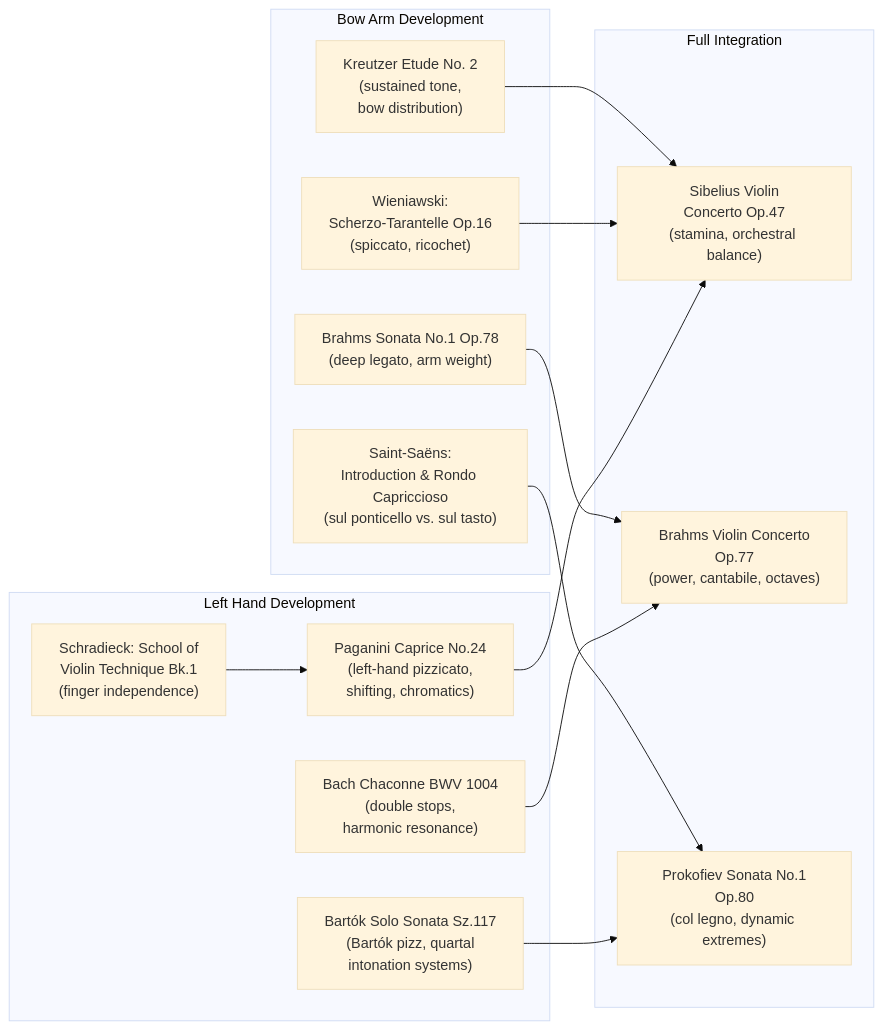
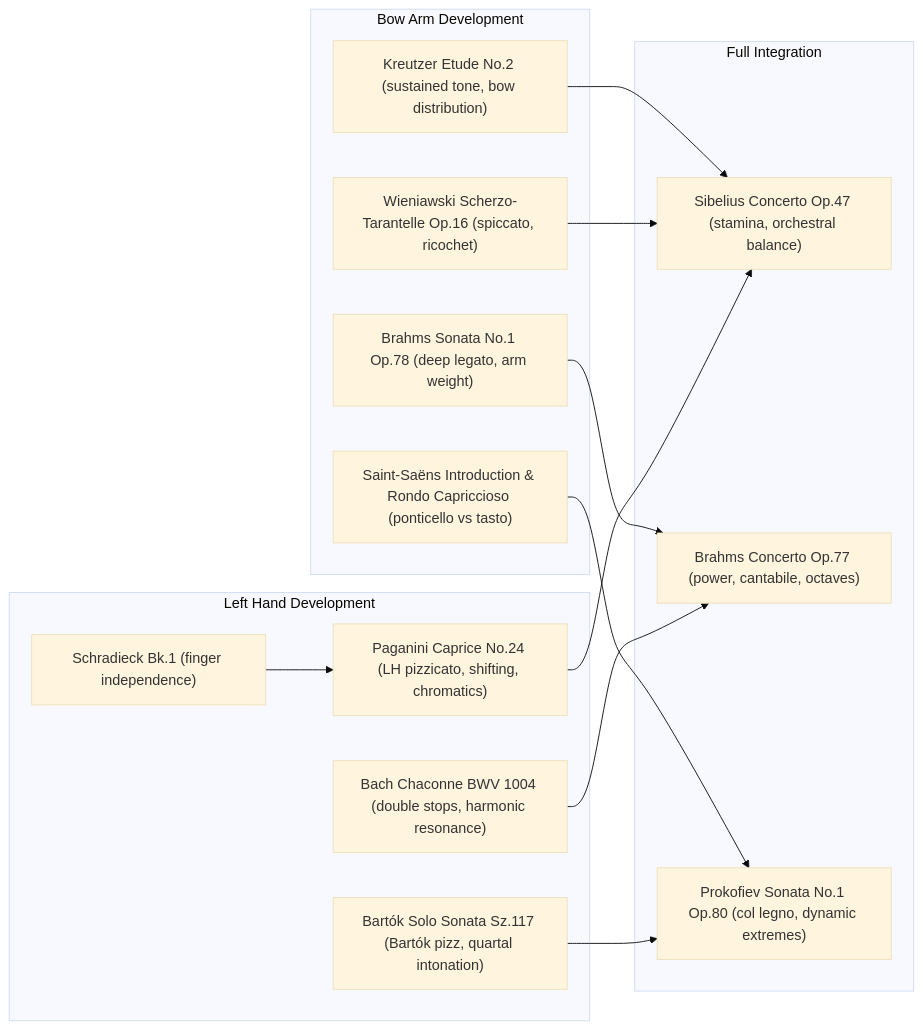
Before and after one commit to blebleblee/synapse: the third of 6 diagrams in topics/arts/music_performance/strings/lesson_03_repertoire_and_practice.md, drawn with Mermaid (base theme). The commit also changed other lines of this file and 4 other files, not shown here.

````diff
--- a/topics/arts/music_performance/strings/lesson_03_repertoire_and_practice.md
+++ b/topics/arts/music_performance/strings/lesson_03_repertoire_and_practice.md
@@ -361,31 +349,31 @@
 ```mermaid
 graph LR
     subgraph sub_bow ["Bow Arm Development"]
-        B1["Kreutzer Etude No. 2\n(sustained tone,\nbow distribution)"]
-        B2["Wieniawski:\nScherzo-Tarantelle Op.16\n(spiccato, ricochet)"]
-        B3["Saint-Saëns:\nIntroduction & Rondo Capriccioso\n(sul ponticello vs. sul tasto)"]
-        B4["Brahms Sonata No.1 Op.78\n(deep legato, arm weight)"]
+        B1["Kreutzer Etude No.2 (sustained tone, bow distribution)"]
+        B2["Wieniawski Scherzo-Tarantelle Op.16 (spiccato, ricochet)"]
+        B3["Saint-Saëns Introduction & Rondo Capriccioso (ponticello vs tasto)"]
+        B4["Brahms Sonata No.1 Op.78 (deep legato, arm weight)"]
     end
 
     subgraph sub_left ["Left Hand Development"]
-        L1["Schradieck: School of\nViolin Technique Bk.1\n(finger independence)"]
-        L2["Paganini Caprice No.24\n(left-hand pizzicato,\nshifting, chromatics)"]
-        L3["Bach Chaconne BWV 1004\n(double stops,\nharmonic resonance)"]
-        L4["Bartók Solo Sonata Sz.117\n(Bartók pizz, quartal\nintonation systems)"]
+        L1["Schradieck Bk.1 (finger independence)"]
+        L2["Paganini Caprice No.24 (LH pizzicato, shifting, chromatics)"]
+        L3["Bach Chaconne BWV 1004 (double stops, harmonic resonance)"]
+        L4["Bartók Solo Sonata Sz.117 (Bartók pizz, quartal intonation)"]
     end
 
     subgraph sub_integration ["Full Integration"]
-        I1["Sibelius Violin\nConcerto Op.47\n(stamina, orchestral balance)"]
-        I2["Brahms Violin Concerto\nOp.77\n(power, cantabile, octaves)"]
-        I3["Prokofiev Sonata No.1\nOp.80\n(col legno, dynamic extremes)"]
+        I1["Sibelius Concerto Op.47 (stamina, orchestral balance)"]
+        I2["Brahms Concerto Op.77 (power, cantabile, octaves)"]
+        I3["Prokofiev Sonata No.1 Op.80 (col legno, dynamic extremes)"]
     end
 
     B1 --> I1
     B2 --> I1
     B3 --> I3
     B4 --> I2
     L1 --> L2
     L2 --> I1
     L3 --> I2
     L4 --> I3
 ```
````
